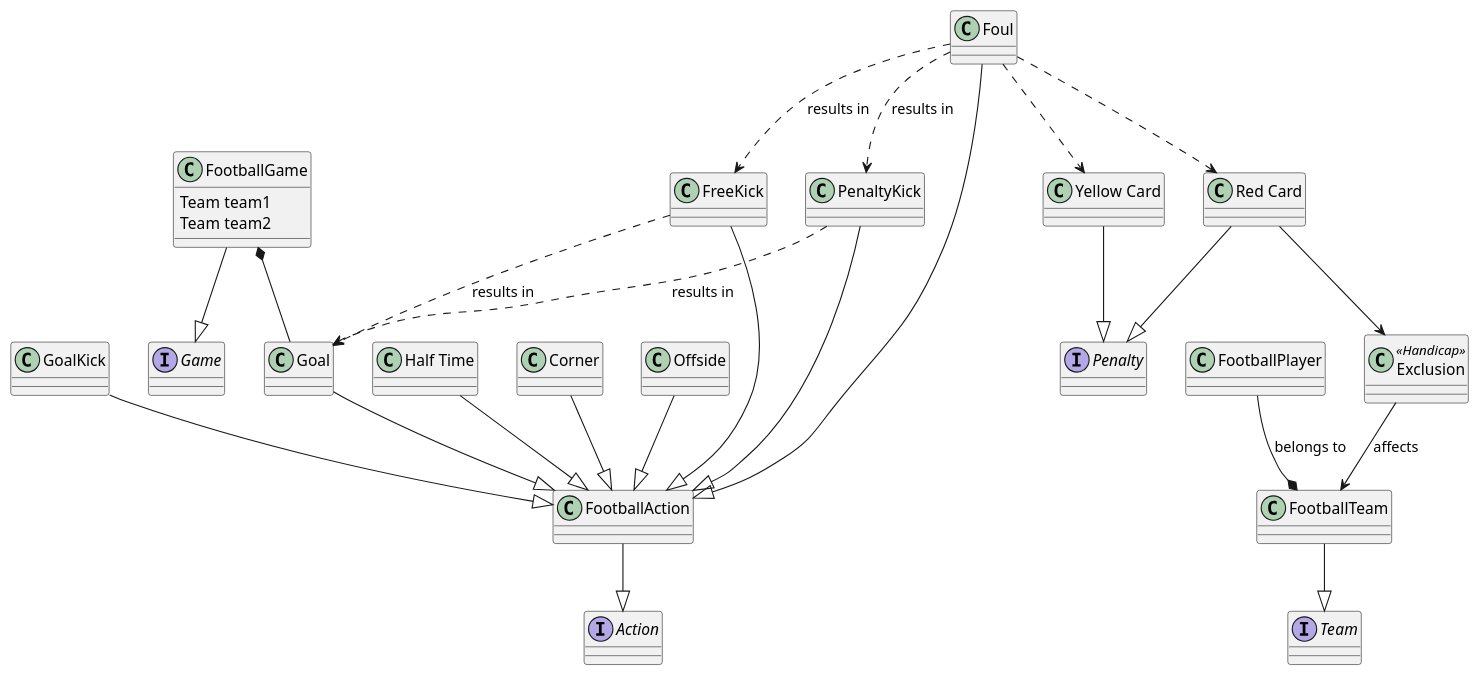
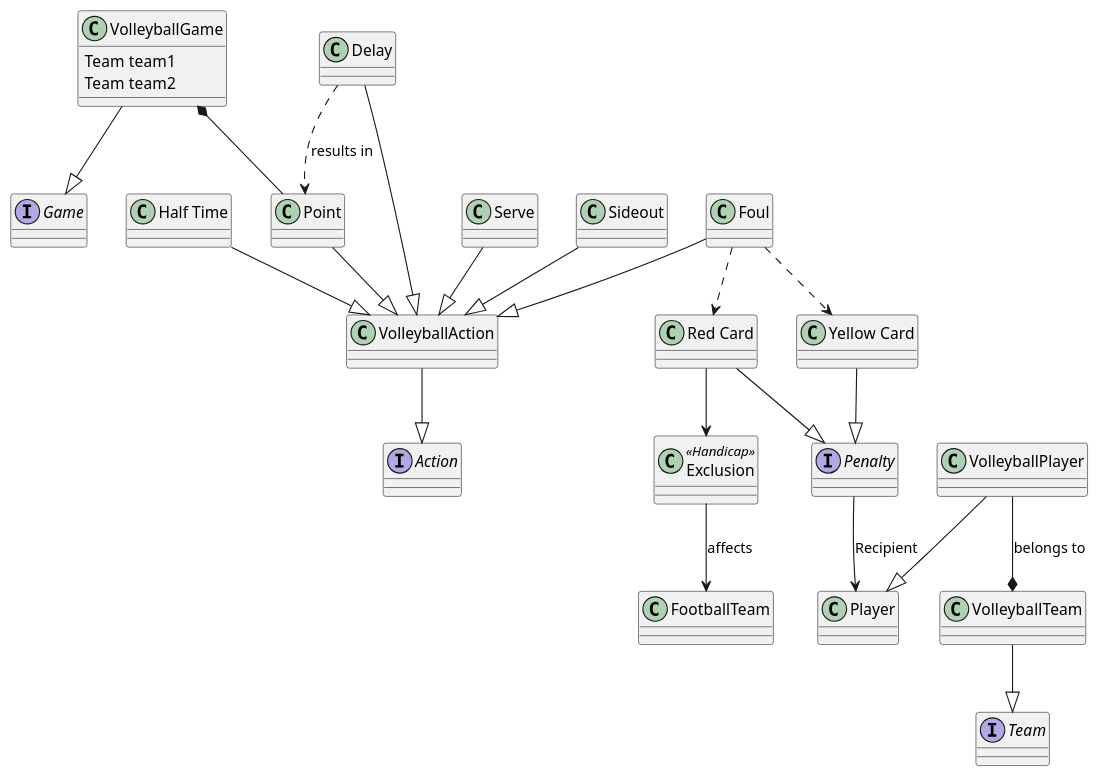
Before and after one commit to chibyhq/Lutte: the third of 3 diagrams in docs/diagrams/classes.puml, drawn with PlantUML. The commit also changed other lines of this file, not shown here.

Commit message:
Update volleyball example

```diff
--- a/docs/diagrams/classes.puml
+++ b/docs/diagrams/classes.puml
@@ -121,51 +130,50 @@
 @startuml "Volleyball example"
 
 interface Action
 interface Penalty
 interface Team
 interface Game
 
-class FootballGame {
+class VolleyballGame {
     Team team1
     Team team2
 }
 
-FootballGame --|> Game 
-FootballGame *-- Goal
+VolleyballGame --|> Game 
+VolleyballGame *-- Point
 
-class FootballAction {
+class VolleyballAction {
 }
 
-FootballAction --|> Action
+VolleyballAction --|> Action
 
-class FootballTeam
-FootballTeam --|> Team
+class VolleyballTeam
+VolleyballTeam --|> Team
 
-class FootballPlayer
-FootballPlayer --* FootballTeam : belongs to
+class VolleyballPlayer
+VolleyballPlayer --|> Player
+
+VolleyballPlayer --* VolleyballTeam : belongs to
 
 class HalfTime as "Half Time"
 
-Goal --|> FootballAction
-HalfTime --|> FootballAction
-Corner --|> FootballAction
-Offside --|> FootballAction
-Foul --|> FootballAction
-PenaltyKick --|> FootballAction
-FreeKick --|> FootballAction
-GoalKick --|> FootballAction
+Point --|> VolleyballAction
+HalfTime --|> VolleyballAction
+Foul --|> VolleyballAction
+Delay --|> VolleyballAction
+Serve --|> VolleyballAction
+Sideout --|> VolleyballAction
 
 Foul ..> "Yellow Card"
 Foul ..> "Red Card"
 
-Foul ..> PenaltyKick : results in
-Foul ..> FreeKick : results in
-PenaltyKick ..> Goal : results in
-FreeKick ..> Goal : results in
+Penalty --> Player : Recipient
+
+Delay ..> Point : results in
 "Yellow Card" --|> Penalty
 "Red Card" --|> Penalty
 
 class Exclusion <<Handicap>>
 "Red Card" --> Exclusion
 Exclusion --> FootballTeam : affects
 @enduml
```
